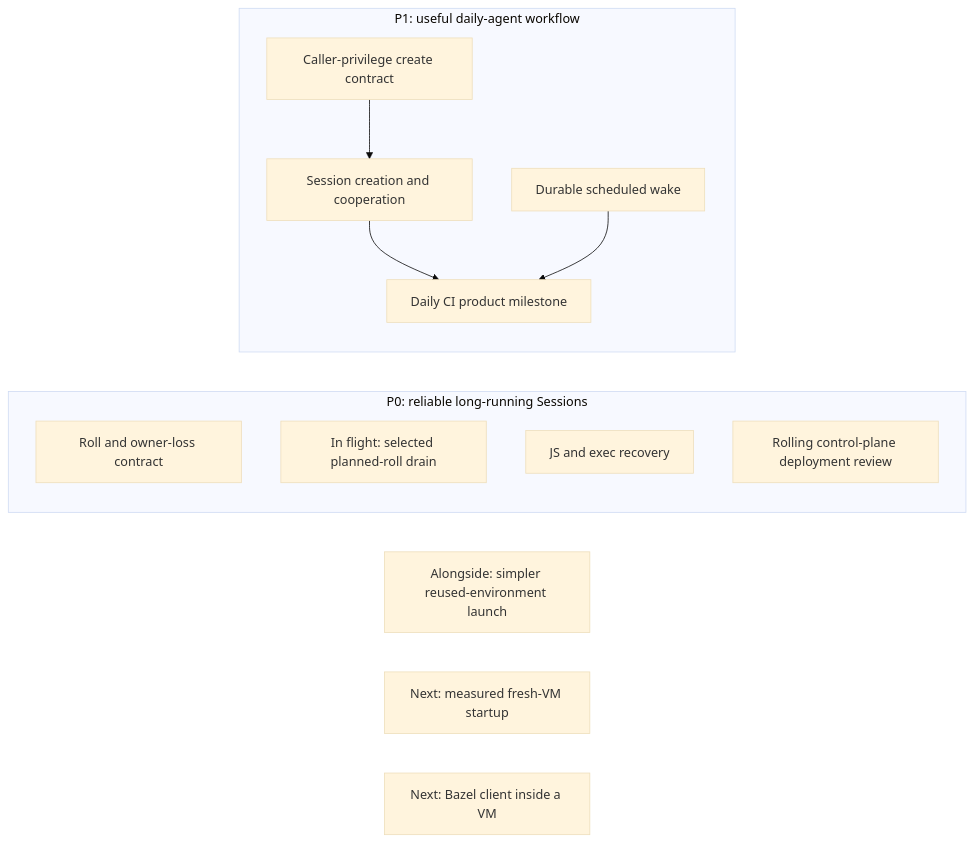
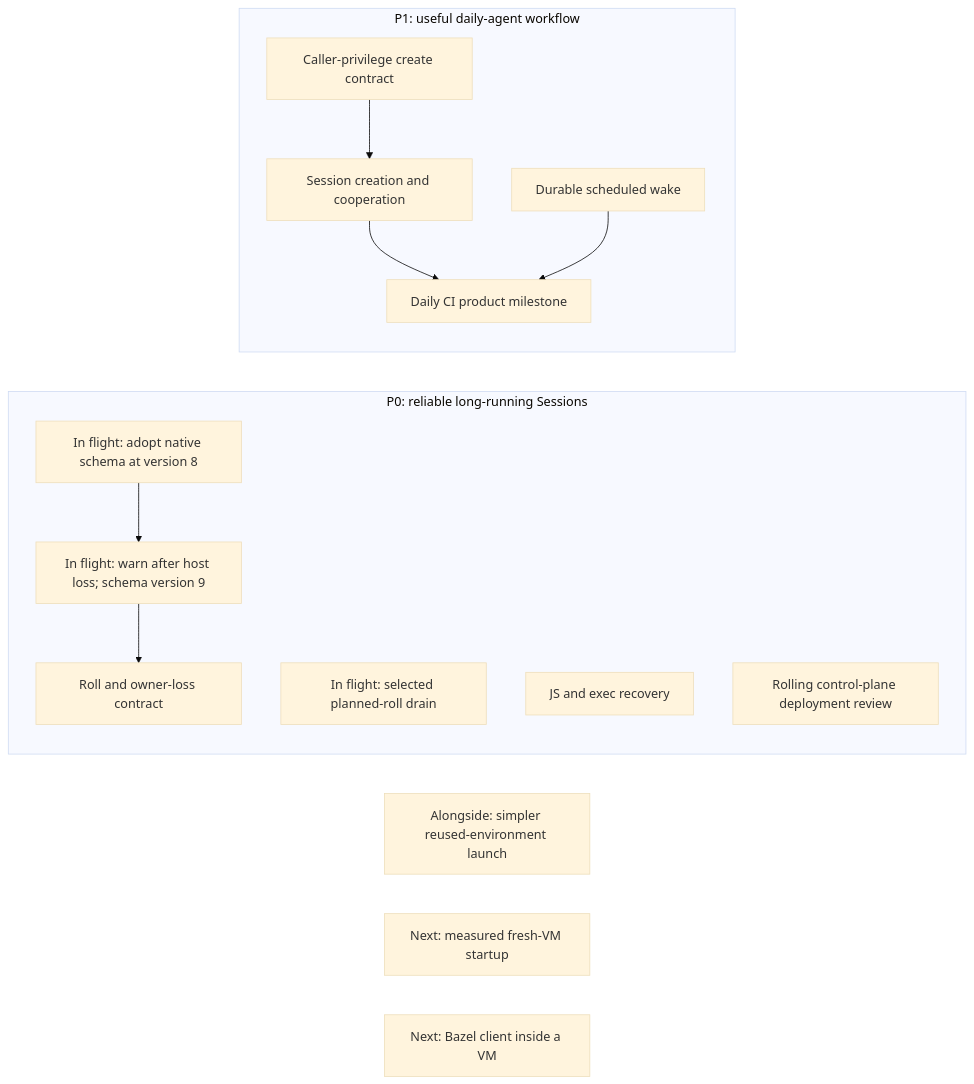
Before and after one commit to agentydragon/ducktape: the first of 18 diagrams in agentplane/plans/task_dag.md, drawn with Mermaid (base theme). The commit also changed other lines of this file and 2 other files, not shown here.

Commit message:
Use shared migrator startup and record sampler migration ordering

````diff
--- a/agentplane/plans/task_dag.md
+++ b/agentplane/plans/task_dag.md
@@ -144,17 +144,21 @@
 ```mermaid
 flowchart LR
     subgraph PRIORITY_ZERO[P0: reliable long-running Sessions]
         CENTRAL_SAMPLER_REPLICA_ROLLOUT[Roll and owner-loss contract]
         CENTRAL_SAMPLER_PLANNED_DRAIN[In flight: selected planned-roll drain]
+        CENTRAL_SAMPLER_NATIVE_BASELINE[In flight: adopt native schema at version 8]
+        CENTRAL_SAMPLER_HOST_LOSS_NOTICE[In flight: warn after host loss; schema version 9]
         CENTRAL_SAMPLER_TOOL_RECOVERY[JS and exec recovery]
         CONTROL_PLANE_ROLLING_SERVICES[Rolling control-plane deployment review]
+        CENTRAL_SAMPLER_NATIVE_BASELINE --> CENTRAL_SAMPLER_HOST_LOSS_NOTICE
+        CENTRAL_SAMPLER_HOST_LOSS_NOTICE --> CENTRAL_SAMPLER_REPLICA_ROLLOUT
     end
     subgraph PRIORITY_ONE[P1: useful daily-agent workflow]
         THREAD_CREATE_POLICY[Caller-privilege create contract] --> THREAD_CREATE_AUTHORIZATION[Session creation and cooperation]
         THREAD_CREATE_AUTHORIZATION --> DAILY_CI_AGENT[Daily CI product milestone]
         SCHEDULED_AGENT_WAKE[Durable scheduled wake] --> DAILY_CI_AGENT
     end
     SESSION_LAUNCH_FRICTION[Alongside: simpler reused-environment launch]
     VM_STARTUP_LATENCY[Next: measured fresh-VM startup]
     LOCAL_BAZEL[Next: Bazel client inside a VM]
 ```
````
